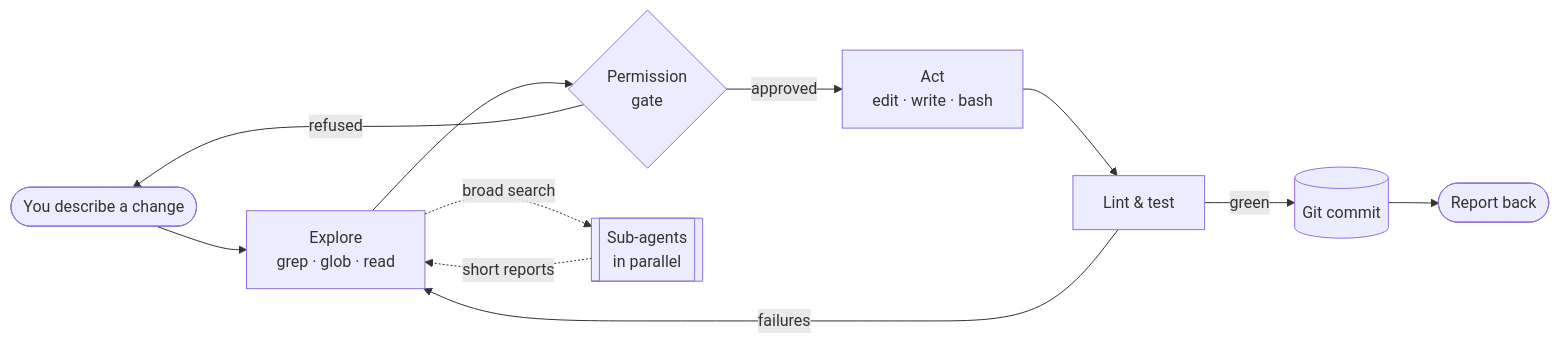
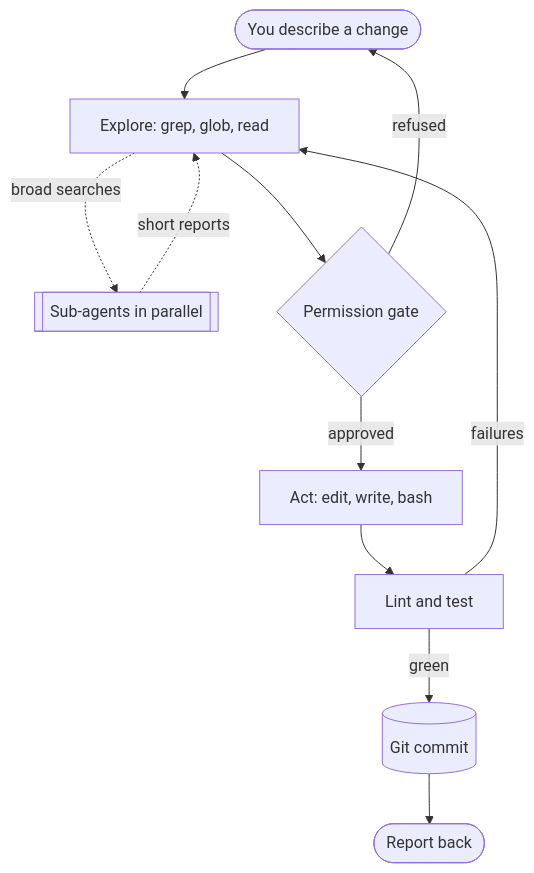
Before and after one commit to sri-venkat-22/loom: the first of 2 diagrams in README.md, drawn with Mermaid. The commit also changed other lines of this file, not shown here.

Commit message:
README: make the agent-loop and /project diagrams readable in GitHub's column, and replace the parallel-builders diagram that rendered blank inside a collapsed section

````diff
--- a/README.md
+++ b/README.md
@@ -243,13 +243,13 @@
 ```mermaid
-flowchart LR
-    U([You describe a change]) --> E[Explore<br/>grep · glob · read]
-    E --> P{Permission<br/>gate}
-    P -->|approved| A[Act<br/>edit · write · bash]
+flowchart TD
+    U([You describe a change]) --> E[Explore: grep, glob, read]
+    E -. broad searches .-> S[[Sub-agents in parallel]]
+    S -. short reports .-> E
+    E --> P{Permission gate}
     P -->|refused| U
-    A --> L[Lint & test]
+    P -->|approved| A[Act: edit, write, bash]
+    A --> L[Lint and test]
     L -->|failures| E
     L -->|green| C[(Git commit)]
     C --> R([Report back])
-    E -. broad search .-> S[[Sub-agents<br/>in parallel]]
-    S -. short reports .-> E
 ```
````
